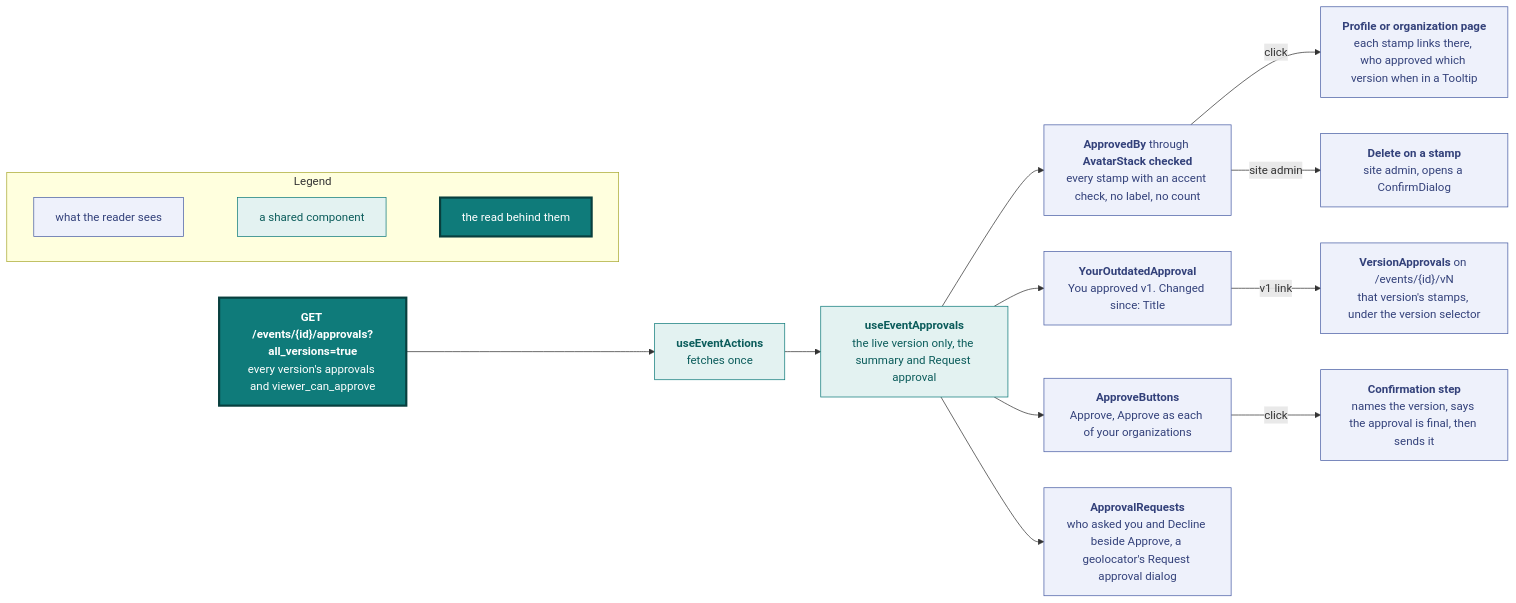
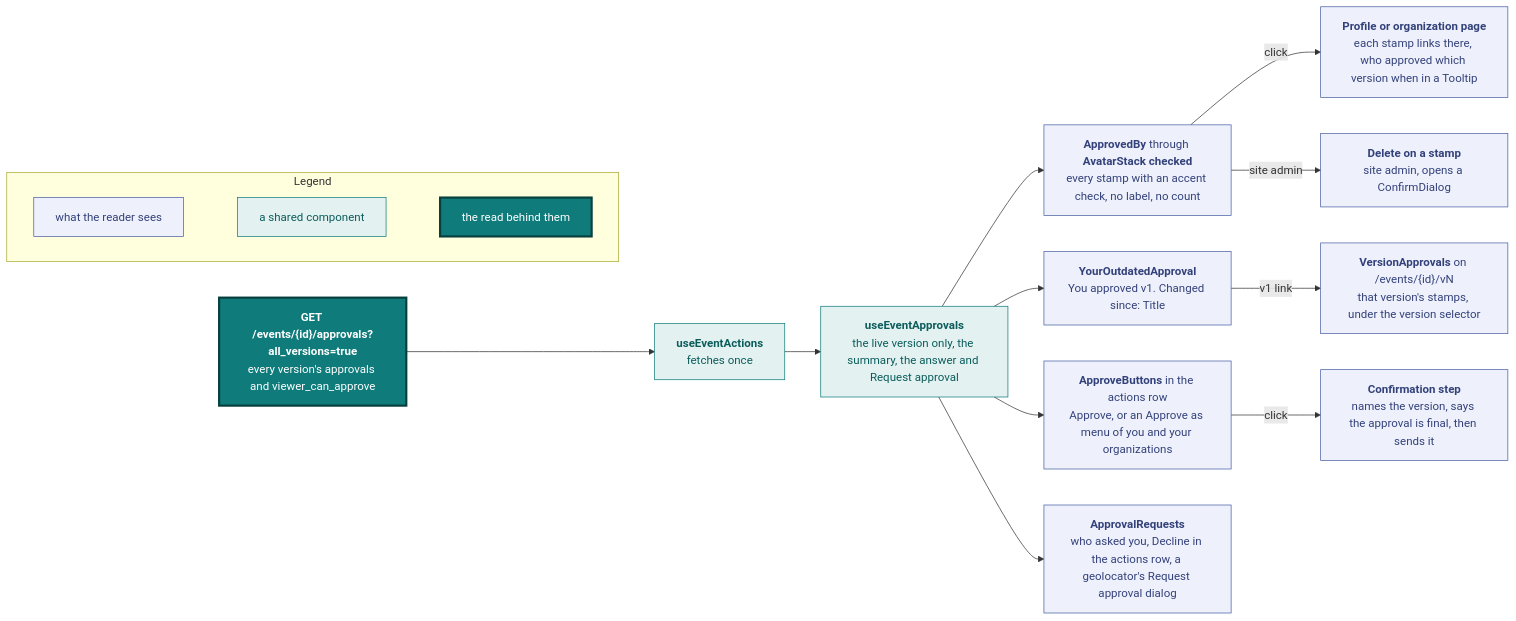
Diagram 11 of 19 in docs/design.md (vidithq/vidit), drawn with Mermaid before and after one commit. The commit also changed other lines of this file and 15 other files, not shown here.

````diff
--- a/docs/design.md
+++ b/docs/design.md
@@ -1062,47 +1071,47 @@
 ```mermaid
 flowchart LR
   classDef spec fill:#eef1fb,stroke:#4a5fa5,color:#33417a
   classDef shared fill:#e3f2f1,stroke:#0f7b7a,color:#0b5c5b
   classDef core fill:#0f7b7a,stroke:#083f3e,stroke-width:3px,color:#ffffff
 
   subgraph legend [Legend]
     direction LR
     l1["`what the reader sees`"]:::spec
     l2["`a shared component`"]:::shared
     l3["`the read behind them`"]:::core
     l1 ~~~ l2 ~~~ l3
   end
 
   read["`**GET /events/{id}/approvals?all_versions=true**
   every version's approvals and viewer_can_approve`"]:::core
   hook["`**useEventActions**
   fetches once`"]:::shared
   card["`**useEventApprovals**
-  the live version only, the summary and Request approval`"]:::shared
+  the live version only, the summary, the answer and Request approval`"]:::shared
   stamps["`**ApprovedBy** through **AvatarStack checked**
   every stamp with an accent check, no label, no count`"]:::spec
   page["`**Profile or organization page**
   each stamp links there, who approved which version when in a Tooltip`"]:::spec
   own["`**YourOutdatedApproval**
   You approved v1. Changed since: Title`"]:::spec
-  approve["`**ApproveButtons**
-  Approve, Approve as each of your organizations`"]:::spec
+  approve["`**ApproveButtons** in the actions row
+  Approve, or an Approve as menu of you and your organizations`"]:::spec
   confirm["`**Confirmation step**
   names the version, says the approval is final, then sends it`"]:::spec
   requests["`**ApprovalRequests**
-  who asked you and Decline beside Approve, a geolocator's Request approval dialog`"]:::spec
+  who asked you, Decline in the actions row, a geolocator's Request approval dialog`"]:::spec
   remove["`**Delete on a stamp**
   site admin, opens a ConfirmDialog`"]:::spec
   vn["`**VersionApprovals** on /events/{id}/vN
   that version's stamps, under the version selector`"]:::spec
 
   read --> hook --> card
   card --> stamps
   card --> own
   card --> approve
   card --> requests
   stamps -->|"click"| page
   stamps -->|"site admin"| remove
   approve -->|"click"| confirm
   own -->|"v1 link"| vn
 ```
````
